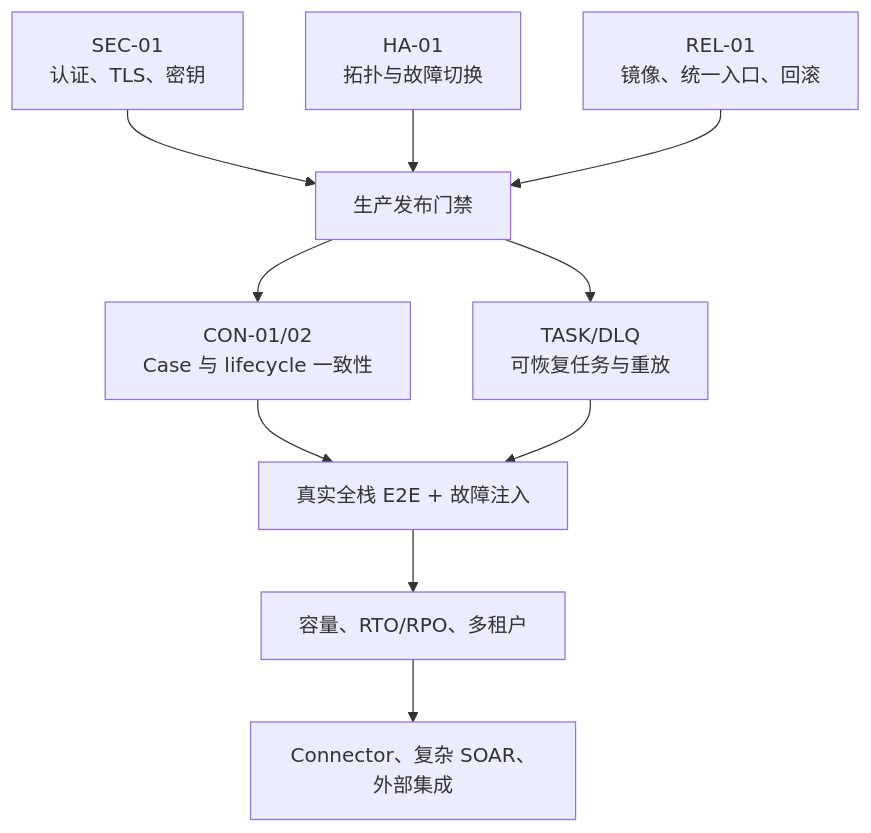
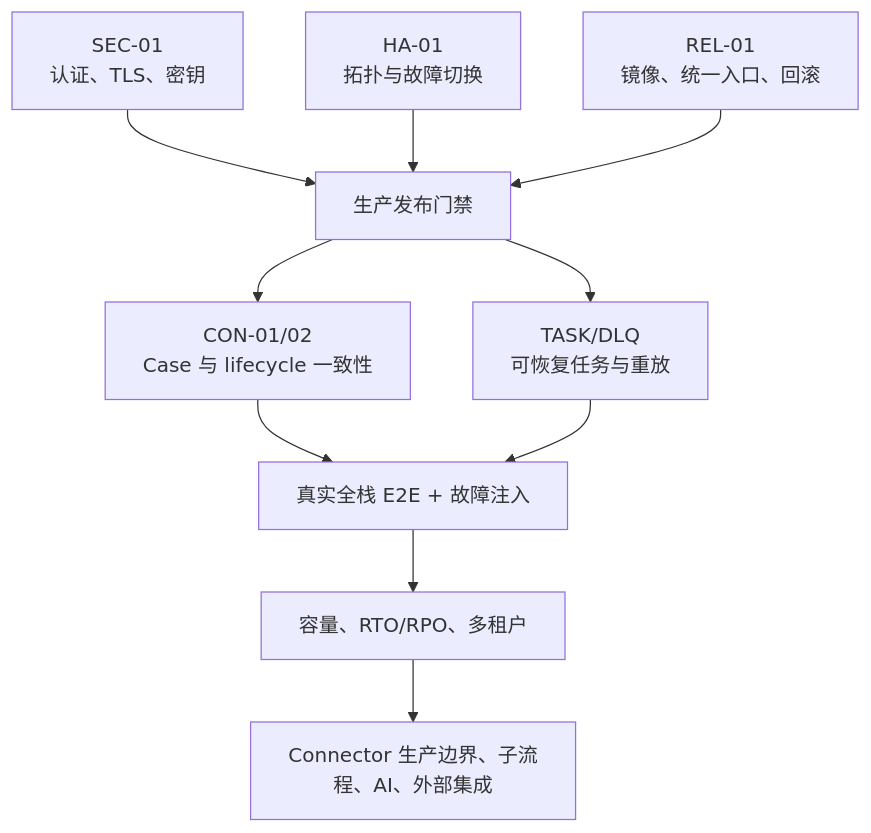
Before and after one commit to xsc683/HISIEM: the second of 2 diagrams in docs/project-progress.md, drawn with Mermaid. The commit also changed other lines of this file and 71 other files, not shown here.

````diff
--- a/docs/project-progress.md
+++ b/docs/project-progress.md
@@ -162,13 +162,13 @@
 ```mermaid
 flowchart TD
     P0A["SEC-01<br/>认证、TLS、密钥"] --> RELEASE["生产发布门禁"]
     P0B["HA-01<br/>拓扑与故障切换"] --> RELEASE
     P0C["REL-01<br/>镜像、统一入口、回滚"] --> RELEASE
 
     RELEASE --> P1A["CON-01/02<br/>Case 与 lifecycle 一致性"]
     RELEASE --> P1B["TASK/DLQ<br/>可恢复任务与重放"]
     P1A --> TEST["真实全栈 E2E + 故障注入"]
     P1B --> TEST
     TEST --> SCALE["容量、RTO/RPO、多租户"]
-    SCALE --> EXT["Connector、复杂 SOAR、外部集成"]
+    SCALE --> EXT["Connector 生产边界、子流程、AI、外部集成"]
 ```
````
